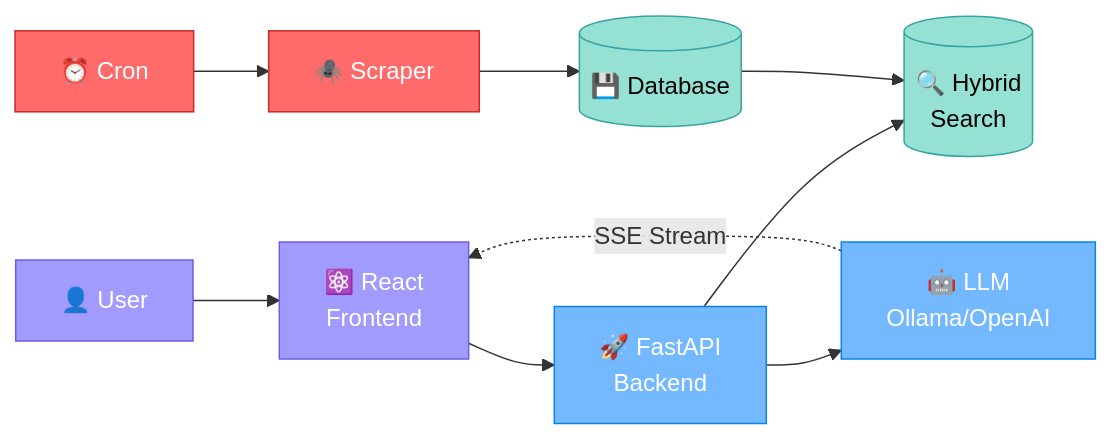
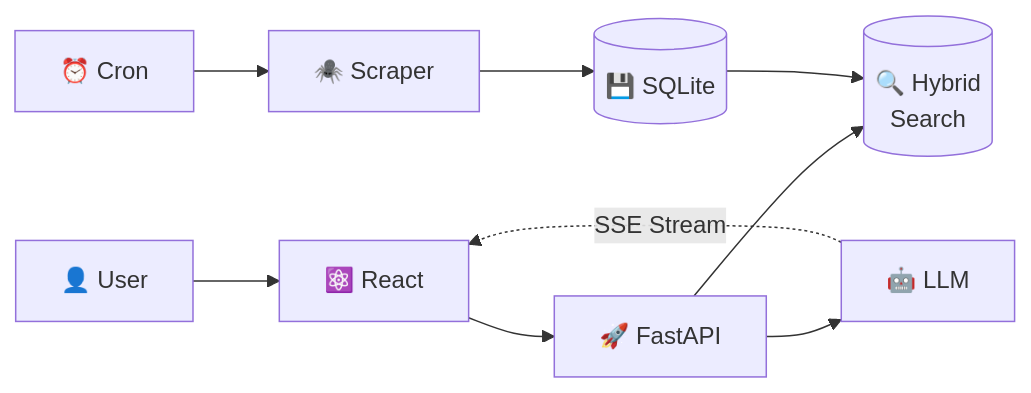
Before and after one commit to oscarthedev15/crypto-news-analyst: the first of 3 diagrams in architecture.md, drawn with Mermaid. The commit also changed other lines of this file and 2 other files, not shown here.

Commit message:
docs: streamline README, architecture; add reflection with MVP decisions, obstacles, and future work

````diff
--- a/architecture.md
+++ b/architecture.md
@@ -7,23 +9,13 @@
 ```mermaid
 flowchart LR
-    USER[👤 User] --> REACT[⚛️ React<br/>Frontend]
-    REACT --> API[🚀 FastAPI<br/>Backend]
+    USER[👤 User] --> REACT[⚛️ React]
+    REACT --> API[🚀 FastAPI]
     API --> SEARCH[(🔍 Hybrid<br/>Search)]
-    API --> LLM[🤖 LLM<br/>Ollama/OpenAI]
+    API --> LLM[🤖 LLM]
 
     CRON[⏰ Cron] --> SCRAPER[🕷️ Scraper]
-    SCRAPER --> DB[(💾 Database)]
+    SCRAPER --> DB[(💾 SQLite)]
     DB --> SEARCH
 
     LLM -.->|SSE Stream| REACT
-
-    classDef frontend fill:#a29bfe,stroke:#6c5ce7,color:#fff
-    classDef backend fill:#74b9ff,stroke:#0984e3,color:#fff
-    classDef data fill:#95e1d3,stroke:#38a3a5,color:#000
-    classDef cron fill:#ff6b6b,stroke:#c92a2a,color:#fff
-
-    class USER,REACT frontend
-    class API,LLM backend
-    class SEARCH,DB data
-    class CRON,SCRAPER cron
 ```
````
